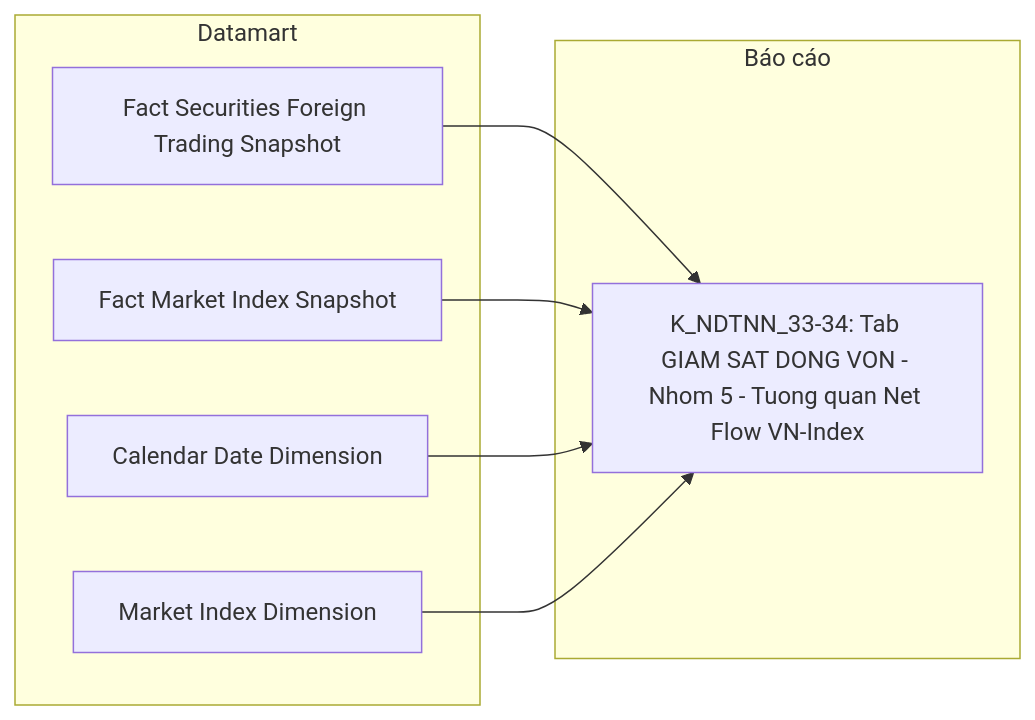
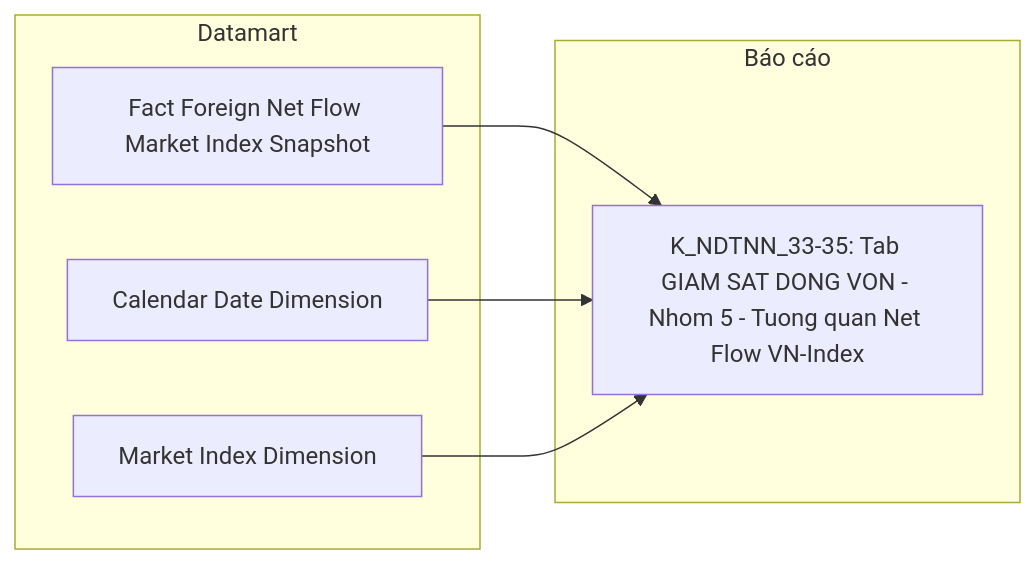
One commit to linhlvit/ubck_atomic_design changed diagram 14 of 30 in Datamart/hld/DTM_NDTNN_HLD.md. Above: the diagram before and after it, drawn with Mermaid. The commit also changed other lines of this file and 9 other files, not shown here.

````diff
--- a/Datamart/hld/DTM_NDTNN_HLD.md
+++ b/Datamart/hld/DTM_NDTNN_HLD.md
@@ -681,16 +693,14 @@
 ```mermaid
 flowchart LR
     subgraph Datamart["Datamart"]
-        G1["Fact Securities Foreign Trading Snapshot"]
-        G2["Fact Market Index Snapshot"]
+        G1["Fact Foreign Net Flow Market Index Snapshot"]
         G3["Calendar Date Dimension"]
         G4["Market Index Dimension"]
     end
     subgraph RPT["Báo cáo"]
-        R1["K_NDTNN_33-34: Tab GIAM SAT DONG VON - Nhom 5 - Tuong quan Net Flow VN-Index"]
+        R1["K_NDTNN_33-35: Tab GIAM SAT DONG VON - Nhom 5 - Tuong quan Net Flow VN-Index"]
     end
     G1 --> R1
-    G2 --> R1
     G3 --> R1
     G4 --> R1
 ```
````
